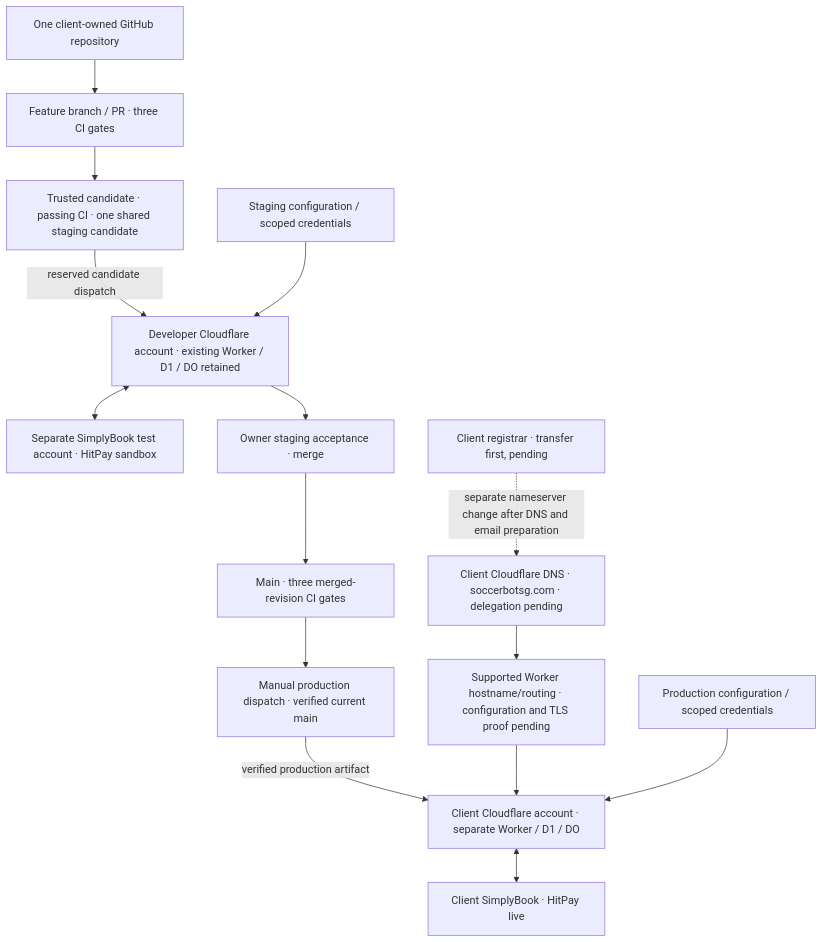
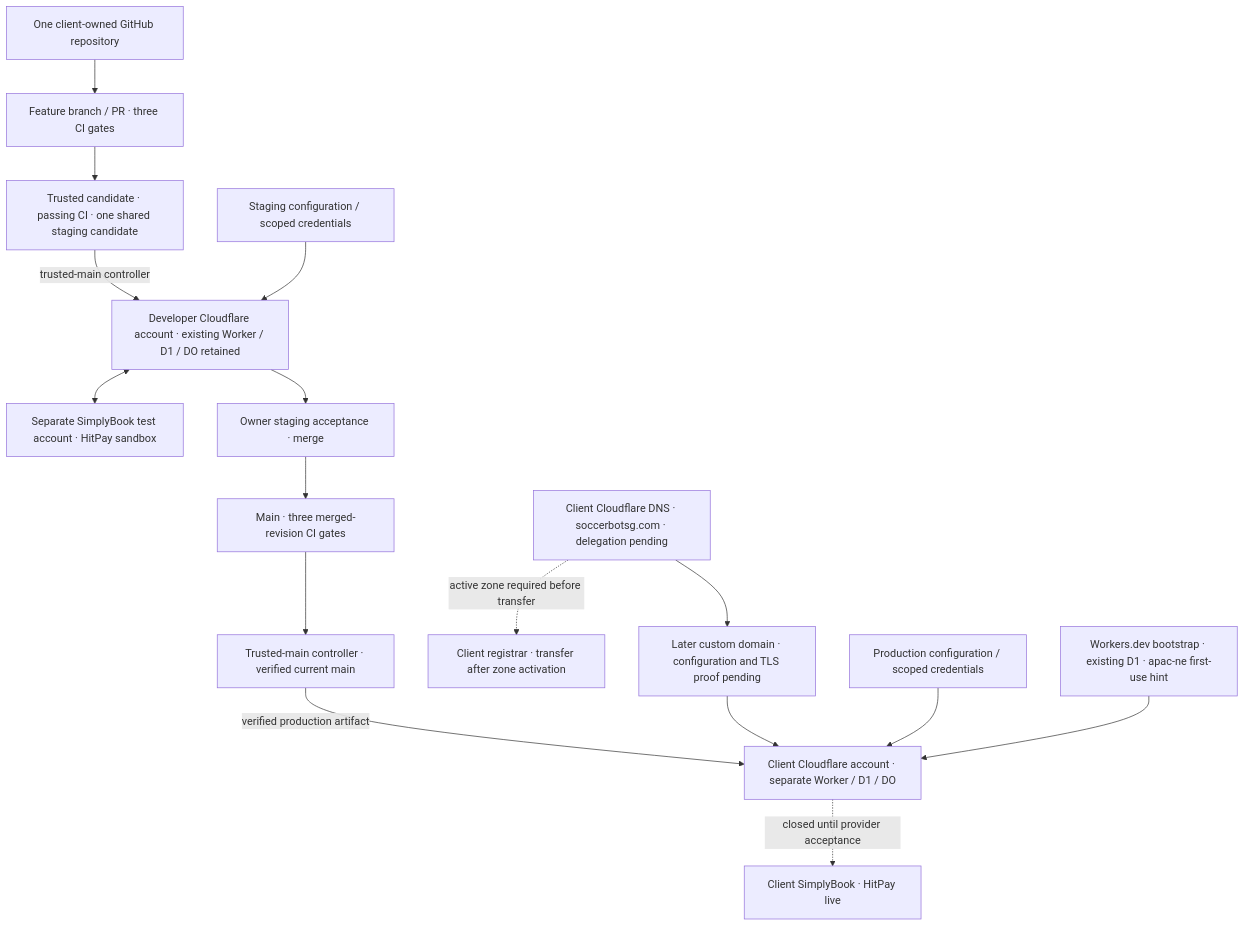
Before and after one commit to soccerbotstudiosg/soccerbotstudioSG: the second of 2 diagrams in docs/architecture/diagram.md, drawn with Mermaid. The commit also changed other lines of this file and 9 other files, not shown here.

````diff
--- a/docs/architecture/diagram.md
+++ b/docs/architecture/diagram.md
@@ -58,28 +58,30 @@
 ```mermaid
 flowchart TB
   Repo["One client-owned GitHub repository"]
   PR["Feature branch / PR · three CI gates"]
   StageGate["Trusted candidate · passing CI · one shared staging candidate"]
   Stage["Developer Cloudflare account · existing Worker / D1 / DO retained"]
   TestProviders["Separate SimplyBook test account · HitPay sandbox"]
   Review["Owner staging acceptance · merge"]
   Main["Main · three merged-revision CI gates"]
-  Approval["Manual production dispatch · verified current main"]
+  Approval["Trusted-main controller · verified current main"]
   Prod["Client Cloudflare account · separate Worker / D1 / DO"]
-  Registrar["Client registrar · transfer first, pending"]
+  Registrar["Client registrar · transfer after zone activation"]
   DNS["Client Cloudflare DNS · soccerbotsg.com · delegation pending"]
-  Host["Supported Worker hostname/routing · configuration and TLS proof pending"]
+  Host["Later custom domain · configuration and TLS proof pending"]
   LiveProviders["Client SimplyBook · HitPay live"]
   StageSecrets["Staging configuration / scoped credentials"]
   ProdSecrets["Production configuration / scoped credentials"]
   Repo --> PR --> StageGate
-  StageGate -->|reserved candidate dispatch| Stage
+  StageGate -->|trusted-main controller| Stage
   StageSecrets --> Stage
   Stage <--> TestProviders
   Stage --> Review --> Main --> Approval
   Approval -->|verified production artifact| Prod
-  Registrar -.->|separate nameserver change after DNS and email preparation| DNS
+  DNS -.->|active zone required before transfer| Registrar
   DNS --> Host --> Prod
   ProdSecrets --> Prod
-  Prod <--> LiveProviders
+  Prod -.->|closed until provider acceptance| LiveProviders
+  Temporary["Workers.dev bootstrap · existing D1 · apac-ne first-use hint"]
+  Temporary --> Prod
 ```
````
